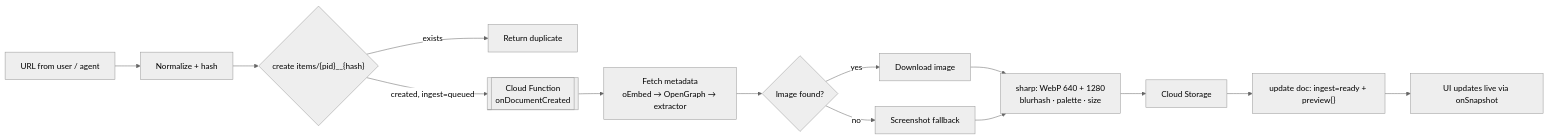
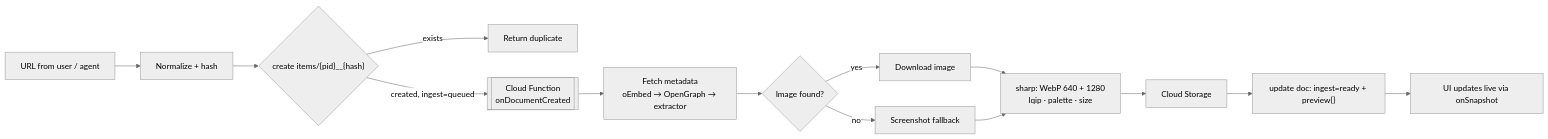
Before and after one commit to hamza00555-sketch/Ilham: the diagram in docs/PLAN.md, drawn with Mermaid (neutral theme). The commit also changed other lines of this file and 77 other files, not shown here.

````diff
--- a/docs/PLAN.md
+++ b/docs/PLAN.md
@@ -217,16 +217,16 @@
 ```mermaid
 flowchart LR
   A[URL from user / agent] --> B[Normalize + hash]
   B --> C{"create items/{pid}__{hash}"}
   C -- exists --> Z[Return duplicate]
   C -- created, ingest=queued --> T[["Cloud Function<br/>onDocumentCreated"]]
   T --> D[Fetch metadata<br/>oEmbed → OpenGraph → extractor]
   D --> E{Image found?}
   E -- yes --> F[Download image]
   E -- no --> G[Screenshot fallback]
-  F --> H[sharp: WebP 640 + 1280<br/>blurhash · palette · size]
+  F --> H[sharp: WebP 640 + 1280<br/>lqip · palette · size]
   G --> H
   H --> I[Cloud Storage]
   I --> U["update doc: ingest=ready + preview{}"]
   U --> L[UI updates live via onSnapshot]
 ```
````
